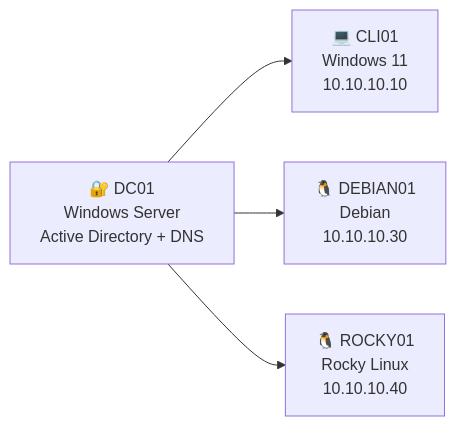
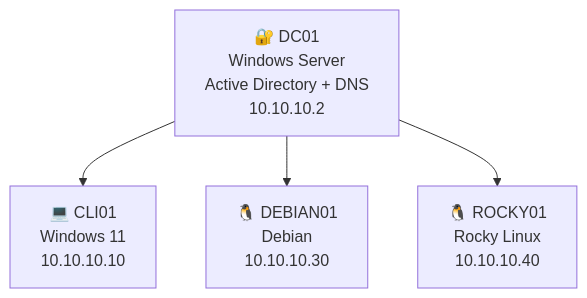
One commit to IsadoraVanderlan/active-directory-linux-integration-lab changed the first of 13 diagrams in README.md. Above: the diagram before and after it, drawn with Mermaid. The commit also changed other lines of this file, not shown here.

````diff
--- a/README.md
+++ b/README.md
@@ -24,12 +24,13 @@
 ```mermaid
-flowchart LR
-    DC["🔐 DC01<br/>Windows Server<br/>Active Directory + DNS"]
+flowchart TB
+
+    DC["🔐 DC01<br/>Windows Server<br/>Active Directory + DNS<br/>10.10.10.2"]
 
     CLI["💻 CLI01<br/>Windows 11<br/>10.10.10.10"]
     DEB["🐧 DEBIAN01<br/>Debian<br/>10.10.10.30"]
     ROCKY["🐧 ROCKY01<br/>Rocky Linux<br/>10.10.10.40"]
 
     DC --> CLI
     DC --> DEB
     DC --> ROCKY
 ```
````
